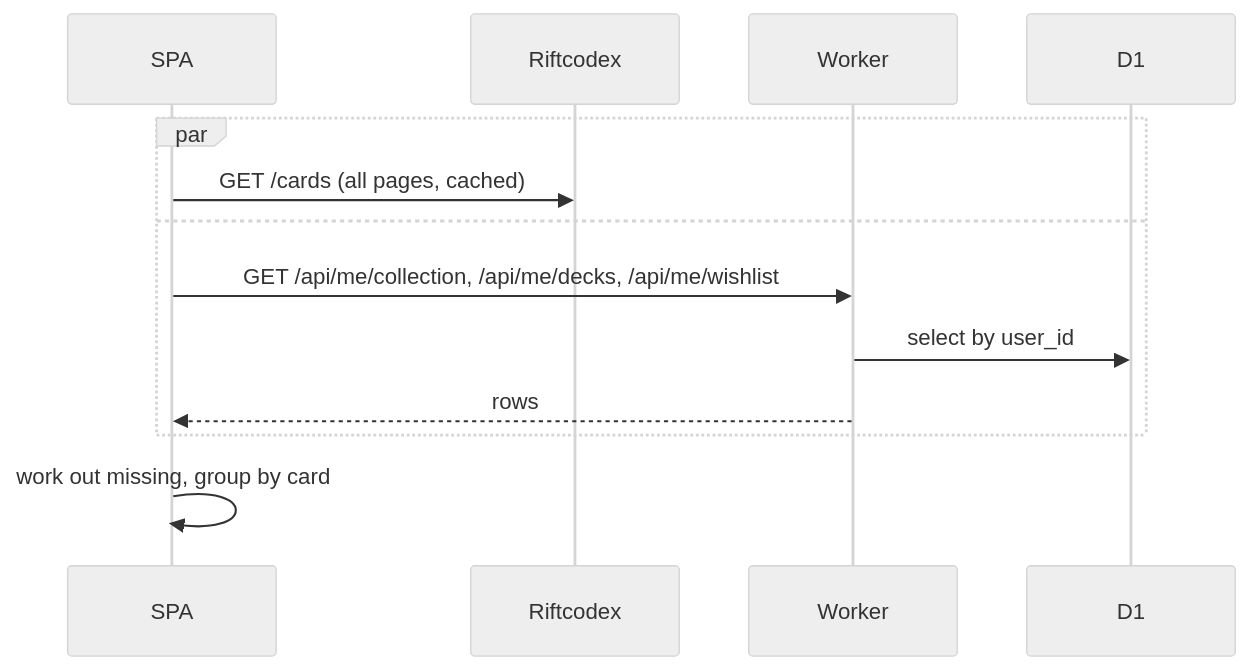
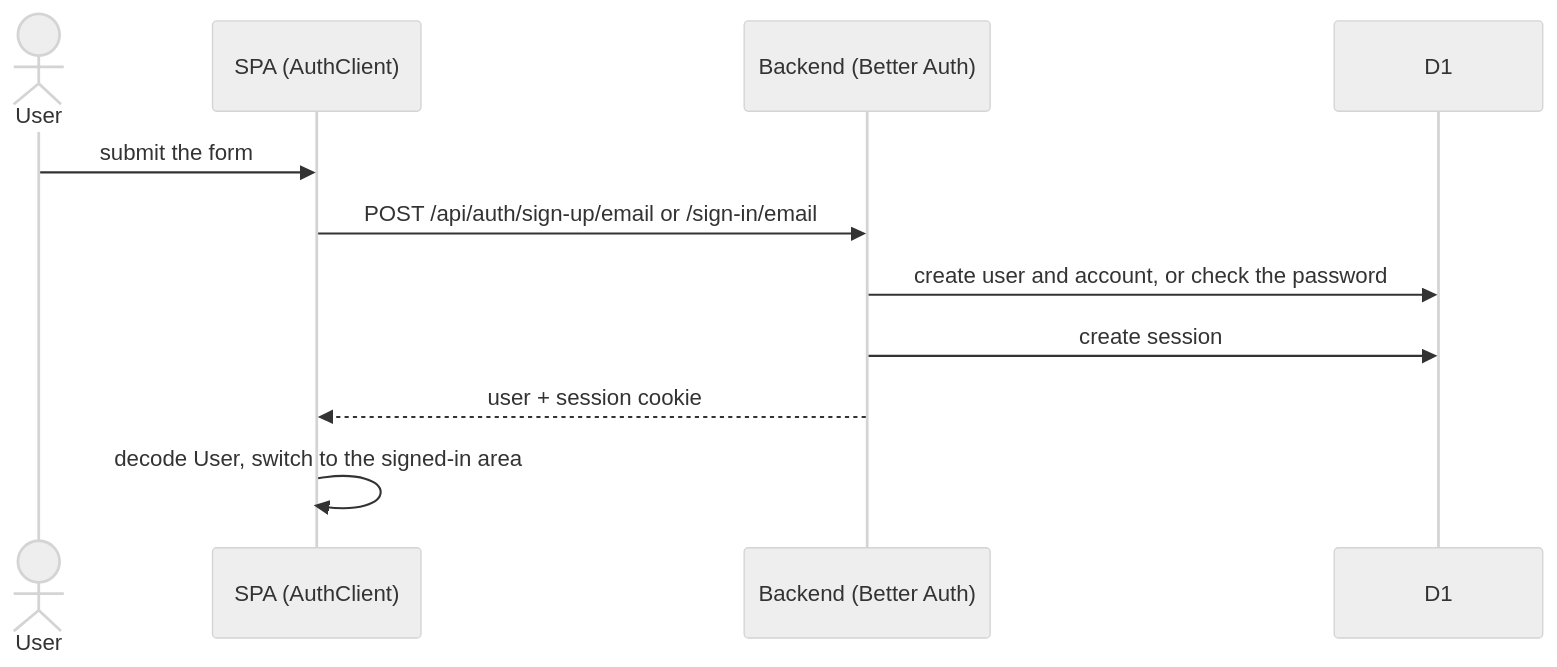
The fourth of 7 diagrams in docs/03-data-and-flows.md (NichAnti/runebinder), drawn with Mermaid (neutral theme) before and after one commit. The commit also changed other lines of this file and 3 other files, not shown here.

````diff
--- a/docs/03-data-and-flows.md
+++ b/docs/03-data-and-flows.md
@@ -110,15 +158,13 @@
 ```mermaid
 sequenceDiagram
-  participant S as SPA
-  participant R as Riftcodex
-  participant W as Worker
+  actor U as User
+  participant S as SPA (AuthClient)
+  participant W as Backend (Better Auth)
   participant DB as D1
-  par
-    S->>R: GET /cards (all pages, cached)
-  and
-    S->>W: GET /api/me/collection, /api/me/decks, /api/me/wishlist
-    W->>DB: select by user_id
-    W-->>S: rows
-  end
-  S->>S: work out missing, group by card
+  U->>S: submit the form
+  S->>W: POST /api/auth/sign-up/email or /sign-in/email
+  W->>DB: create user and account, or check the password
+  W->>DB: create session
+  W-->>S: user + session cookie
+  S->>S: decode User, switch to the signed-in area
 ```
````
